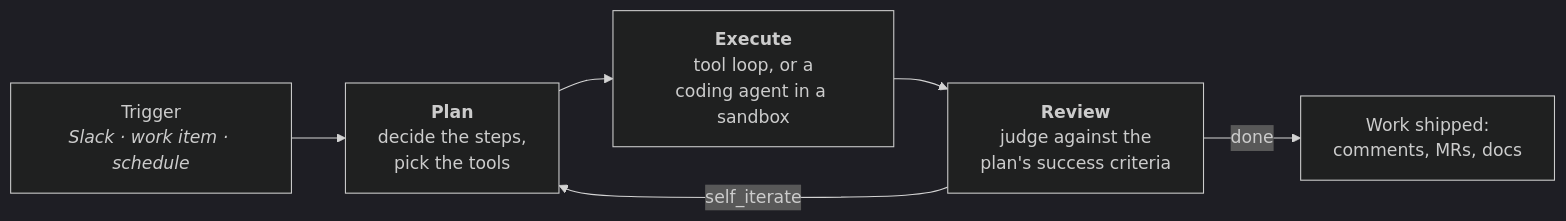
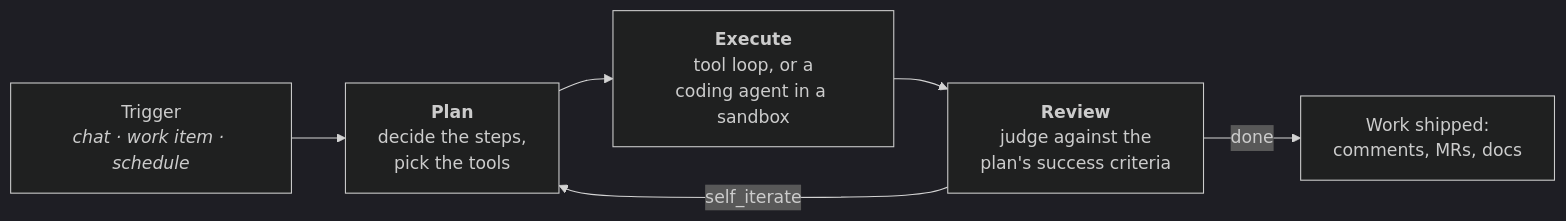
One commit to crewlet/crewlet changed the first of 2 diagrams in README.md. Above: the diagram before and after it, drawn with Mermaid (dark theme). The commit also changed other lines of this file and 4 other files, not shown here.

````diff
--- a/README.md
+++ b/README.md
@@ -86,8 +86,8 @@
 ```mermaid
 flowchart LR
-    T["Trigger<br/><i>Slack · work item · schedule</i>"] --> P
+    T["Trigger<br/><i>chat · work item · schedule</i>"] --> P
     P["<b>Plan</b><br/>decide the steps,<br/>pick the tools"] --> E["<b>Execute</b><br/>tool loop, or a<br/>coding agent in a sandbox"]
     E --> R["<b>Review</b><br/>judge against the<br/>plan's success criteria"]
     R -->|done| S["Work shipped:<br/>comments, MRs, docs"]
     R -->|self_iterate| P
 ```
````
